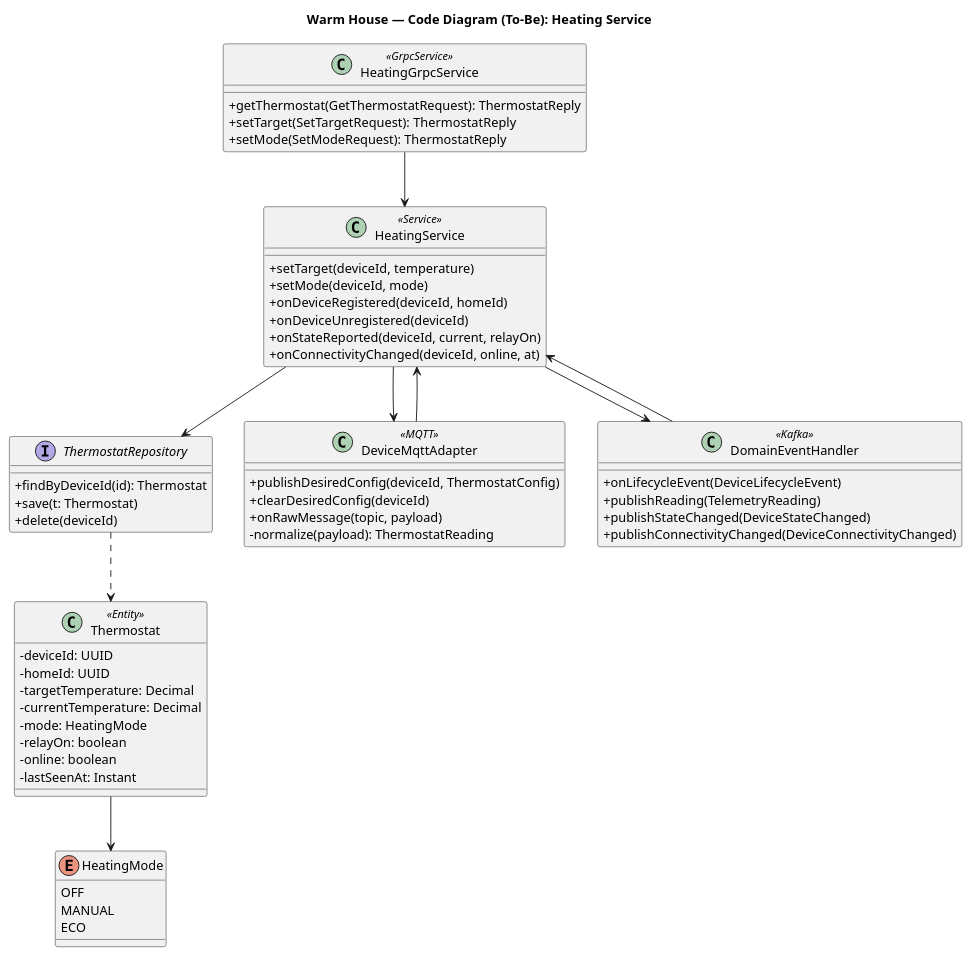
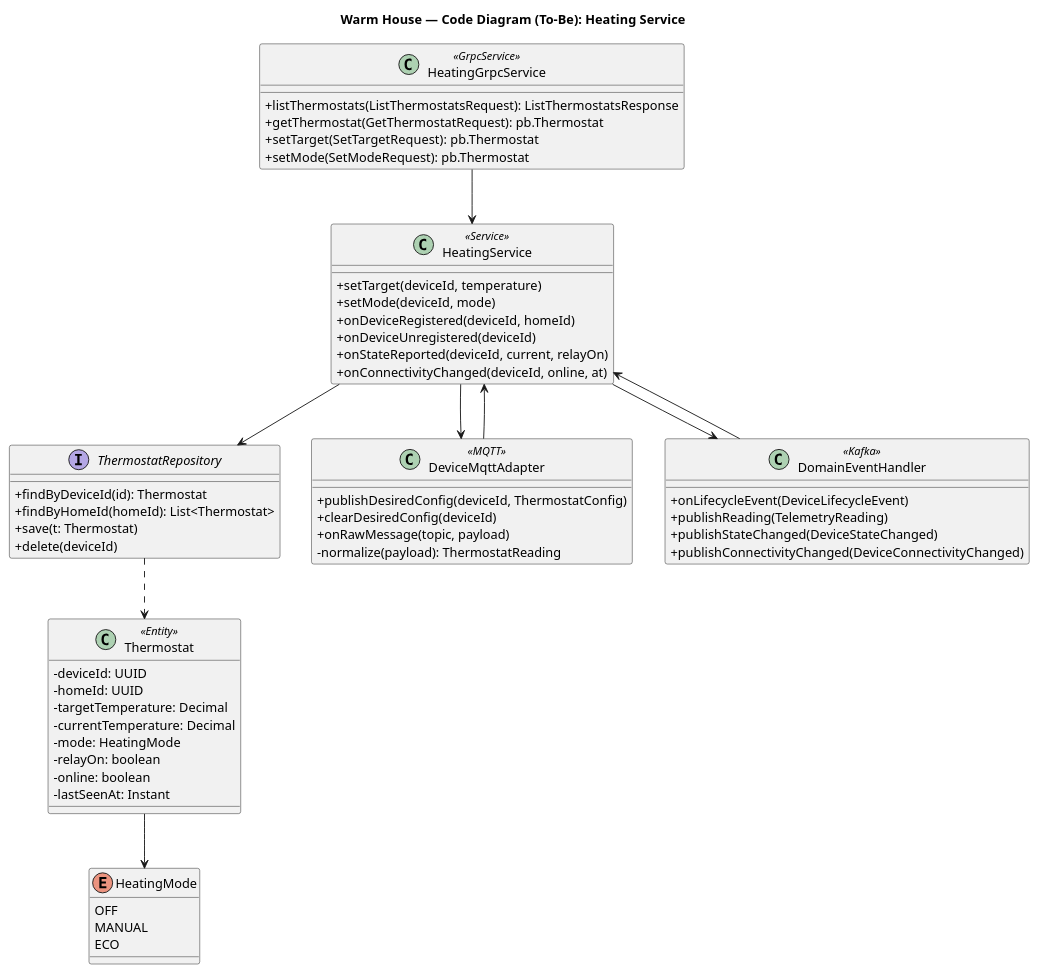
One commit to zahnah/architecture-pro-warmhouse changed the diagram in schemas/diagrams/src/to_be/Code.puml. Above: the diagram before and after it, drawn with PlantUML. The commit also changed 43 other files, not shown here.

```diff
--- a/schemas/diagrams/src/to_be/Code.puml
+++ b/schemas/diagrams/src/to_be/Code.puml
@@ -1,69 +1,71 @@
 @startuml
 title Warm House — Code Diagram (To-Be): Heating Service
 
 top to bottom direction
 
 skinparam classAttributeIconSize 0
 
 class HeatingGrpcService <<GrpcService>> {
-  +getThermostat(GetThermostatRequest): ThermostatReply
-  +setTarget(SetTargetRequest): ThermostatReply
-  +setMode(SetModeRequest): ThermostatReply
+  +listThermostats(ListThermostatsRequest): ListThermostatsResponse
+  +getThermostat(GetThermostatRequest): pb.Thermostat
+  +setTarget(SetTargetRequest): pb.Thermostat
+  +setMode(SetModeRequest): pb.Thermostat
 }
 
 class HeatingService <<Service>> {
   +setTarget(deviceId, temperature)
   +setMode(deviceId, mode)
   +onDeviceRegistered(deviceId, homeId)
   +onDeviceUnregistered(deviceId)
   +onStateReported(deviceId, current, relayOn)
   +onConnectivityChanged(deviceId, online, at)
 }
 
 class Thermostat <<Entity>> {
   -deviceId: UUID
   -homeId: UUID
   -targetTemperature: Decimal
   -currentTemperature: Decimal
   -mode: HeatingMode
   -relayOn: boolean
   -online: boolean
   -lastSeenAt: Instant
 }
 
 enum HeatingMode {
   OFF
   MANUAL
   ECO
 }
 
 interface ThermostatRepository {
   +findByDeviceId(id): Thermostat
+  +findByHomeId(homeId): List<Thermostat>
   +save(t: Thermostat)
   +delete(deviceId)
 }
 
 class DeviceMqttAdapter <<MQTT>> {
   +publishDesiredConfig(deviceId, ThermostatConfig)
   +clearDesiredConfig(deviceId)
   +onRawMessage(topic, payload)
   -normalize(payload): ThermostatReading
 }
 
 class DomainEventHandler <<Kafka>> {
   +onLifecycleEvent(DeviceLifecycleEvent)
   +publishReading(TelemetryReading)
   +publishStateChanged(DeviceStateChanged)
   +publishConnectivityChanged(DeviceConnectivityChanged)
 }
 
 HeatingGrpcService --> HeatingService
 DeviceMqttAdapter --> HeatingService
 HeatingService --> DeviceMqttAdapter
 DomainEventHandler --> HeatingService
 HeatingService --> DomainEventHandler
 HeatingService --> ThermostatRepository
 ThermostatRepository ..> Thermostat
 Thermostat --> HeatingMode
 
 @enduml
```
